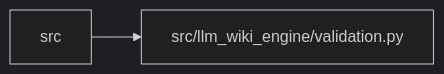
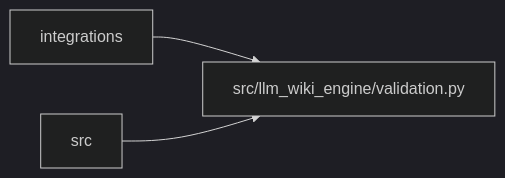
The diagram in docs/llm_wiki/modules/validation.md (Denissvgn/python-wiki-llm), drawn with Mermaid (dark theme) before and after one commit. The commit also changed other lines of this file and 509 other files, not shown here.

First line of the commit message:
docs: refresh the wiki for the deprecated engine aliases

````diff
--- a/docs/llm_wiki/modules/validation.md
+++ b/docs/llm_wiki/modules/validation.md
@@ -34,7 +34,9 @@
 ```mermaid
 flowchart LR
-    n0["src"]
-    n1["src/llm_wiki_engine/validation.py"]
-    n0 --> n1
-    click n1 "../modules/validation.md"
+    n0["integrations"]
+    n1["src"]
+    n2["src/llm_wiki_engine/validation.py"]
+    n0 --> n2
+    n1 --> n2
+    click n2 "../modules/validation.md"
 ```
````
